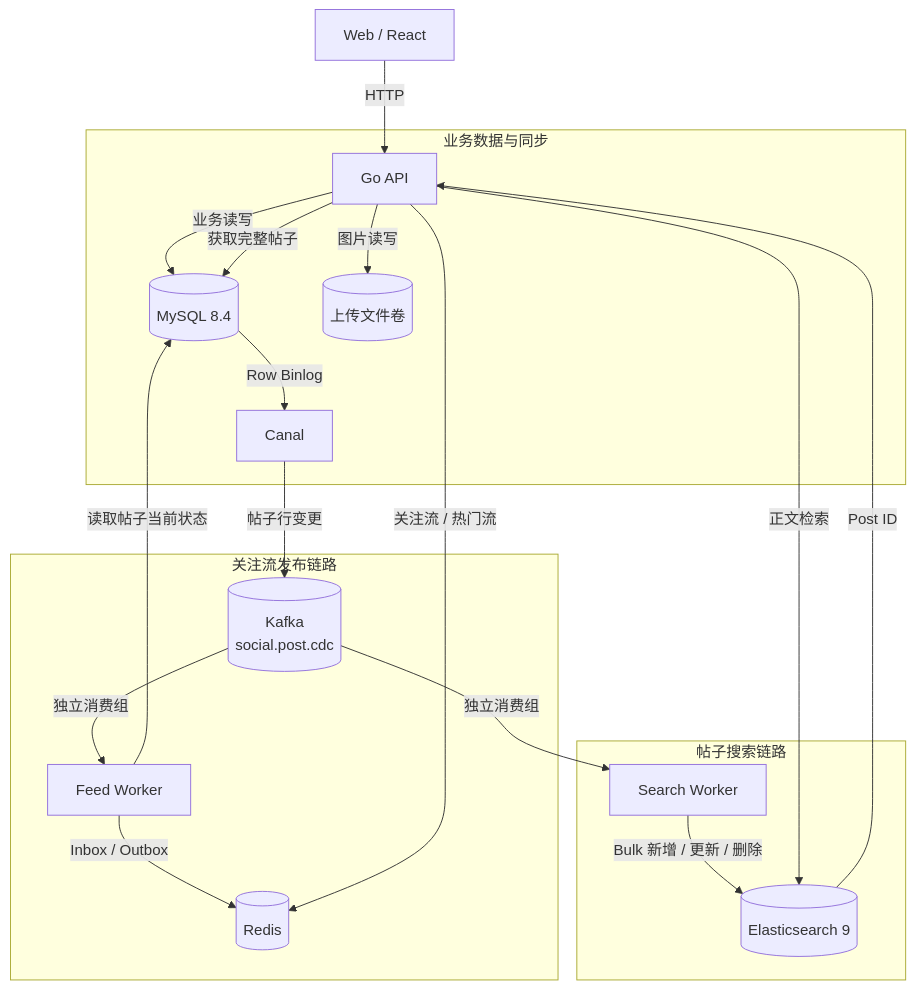
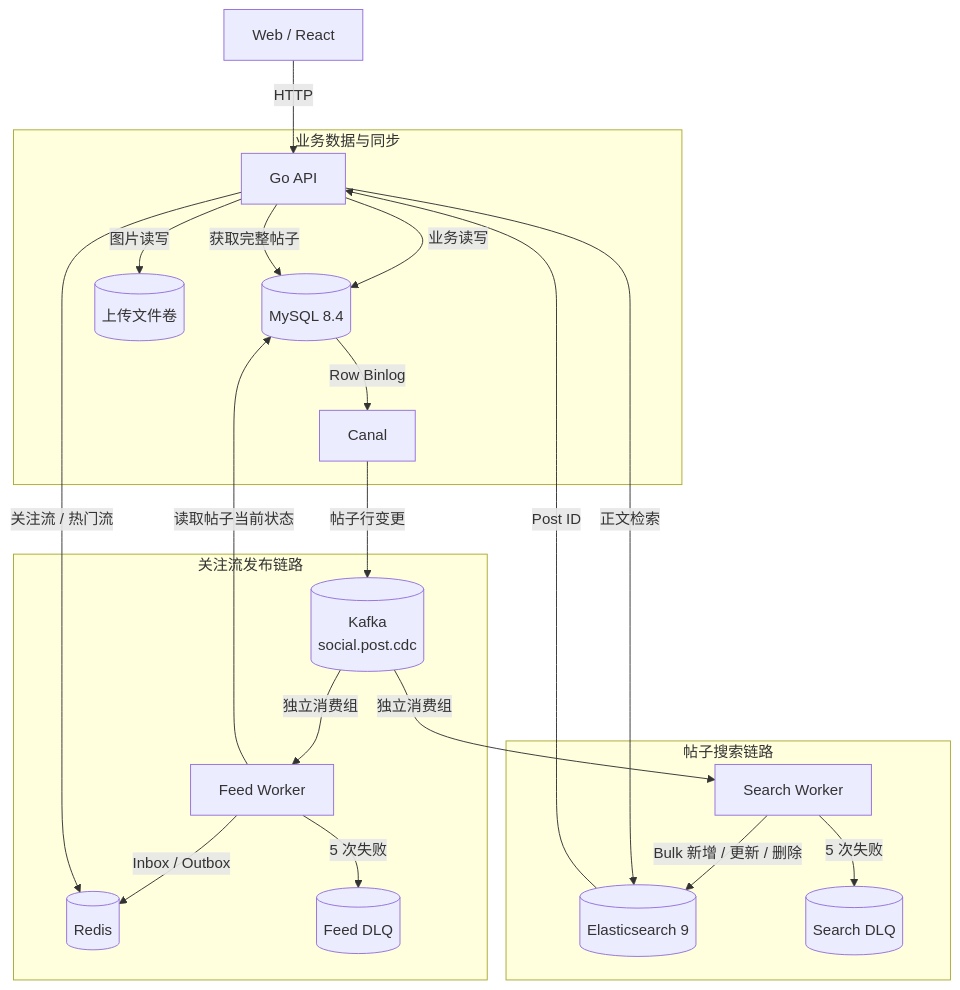
Before and after one commit to minova01/social_feed: the diagram in README.md, drawn with Mermaid. The commit also changed other lines of this file and 4 other files, not shown here.

````diff
--- a/README.md
+++ b/README.md
@@ -33,28 +33,30 @@
 ```mermaid
 flowchart TB
     U[Web / React] -->|HTTP| A[Go API]
 
     subgraph Core[业务数据与同步]
         A -->|业务读写| M[(MySQL 8.4)]
         A -->|图片读写| F[(上传文件卷)]
         M -->|Row Binlog| C[Canal]
     end
 
     C -->|帖子行变更| CDC[(Kafka<br/>social.post.cdc)]
 
     subgraph Feed[关注流发布链路]
         CDC -->|独立消费组| FW[Feed Worker]
         FW -->|读取帖子当前状态| M
         FW -->|Inbox / Outbox| R[(Redis)]
+        FW -->|5 次失败| FDLQ[(Feed DLQ)]
     end
 
     subgraph Search[帖子搜索链路]
         CDC -->|独立消费组| SW[Search Worker]
         SW -->|Bulk 新增 / 更新 / 删除| E[(Elasticsearch 9)]
+        SW -->|5 次失败| SDLQ[(Search DLQ)]
         A -->|正文检索| E
         E -->|Post ID| A
         A -->|获取完整帖子| M
     end
 
     A -->|关注流 / 热门流| R
 ```
````
